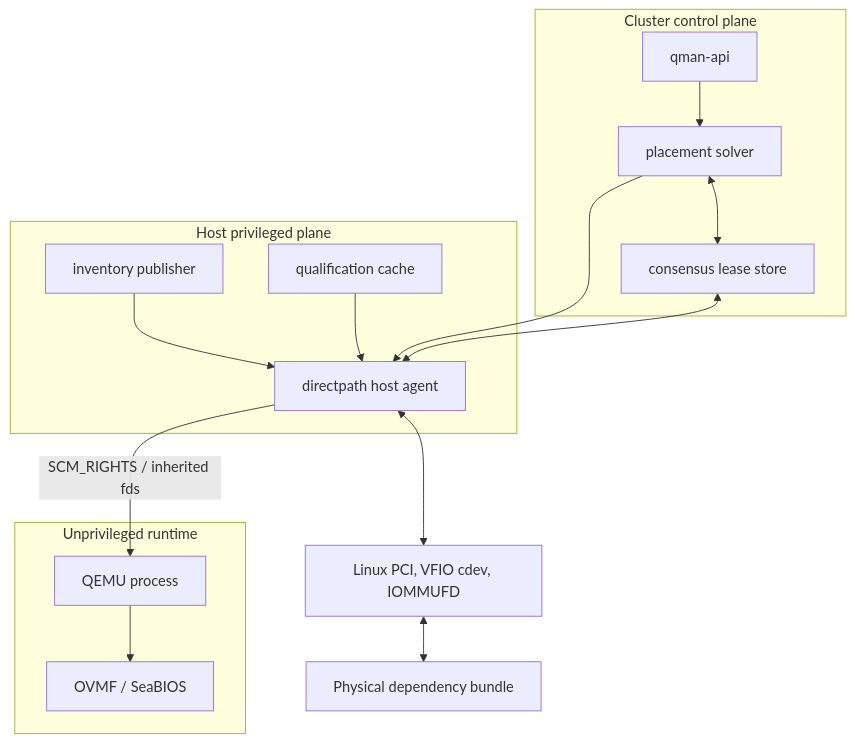
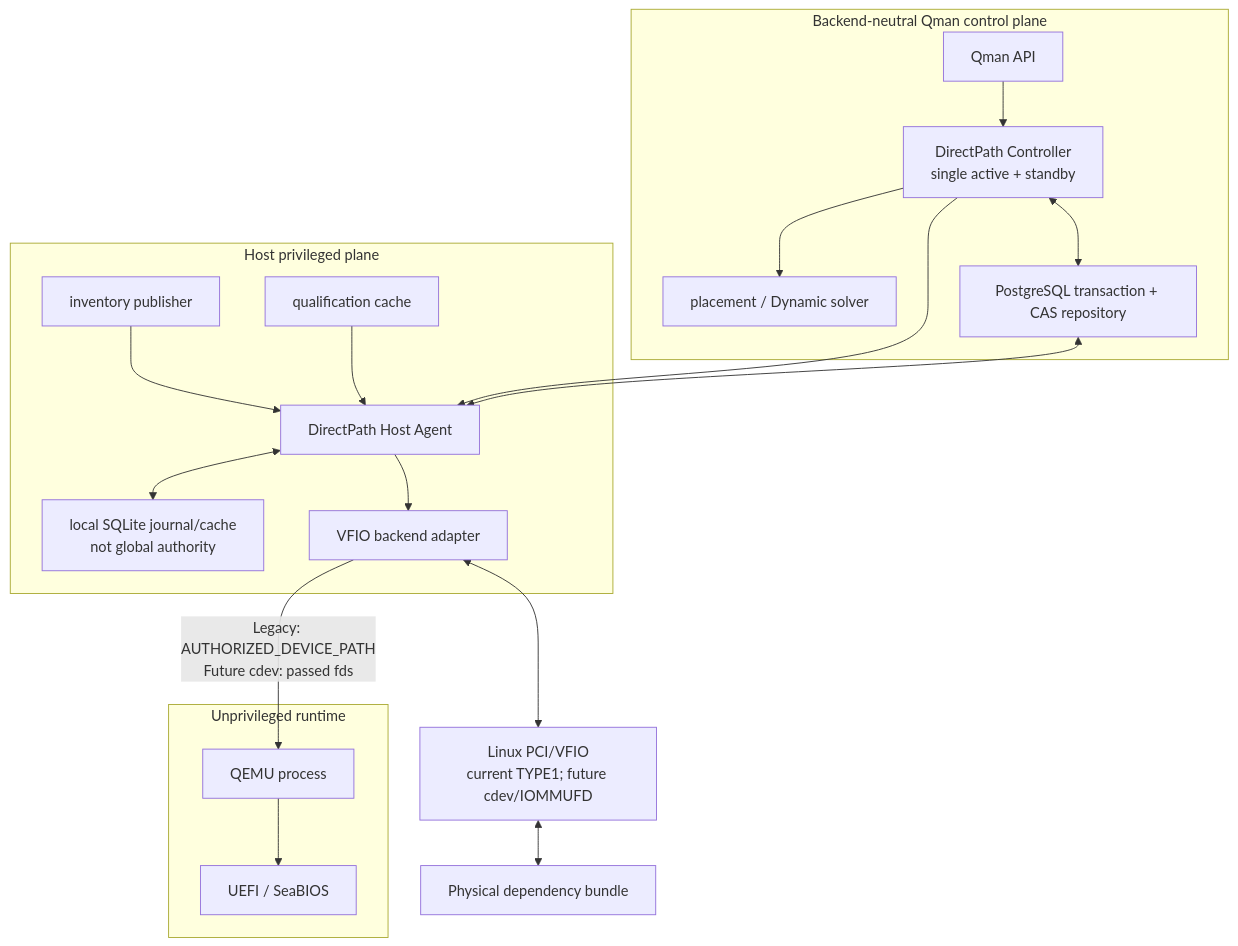
The third of 10 diagrams in qman-directpath-implementation-blueprint.md (JoJoJoinme/pci-mmio-notes), drawn with Mermaid before and after one commit. The commit also changed other lines of this file and 48 other files, not shown here.

Commit message:
Converge DirectPath V3 contracts and evidence

````diff
--- a/qman-directpath-implementation-blueprint.md
+++ b/qman-directpath-implementation-blueprint.md
@@ -232,33 +265,39 @@
 ```mermaid
 flowchart TB
-    subgraph CLUSTER["Cluster control plane"]
-        API["qman-api"]
-        SCHED["placement solver"]
-        STORE["consensus lease store"]
-        API --> SCHED
-        SCHED <--> STORE
+    subgraph CONTROL["Backend-neutral Qman control plane"]
+        API["Qman API"]
+        CTRL["DirectPath Controller<br/>single active + standby"]
+        SCHED["placement / Dynamic solver"]
+        STORE["PostgreSQL transaction + CAS repository"]
+        API --> CTRL
+        CTRL --> SCHED
+        CTRL <--> STORE
     end
 
     subgraph HOST["Host privileged plane"]
         INV["inventory publisher"]
-        AGENT["directpath host agent"]
+        AGENT["DirectPath Host Agent"]
         POLICY["qualification cache"]
+        JOURNAL["local SQLite journal/cache<br/>not global authority"]
+        ADAPTER["VFIO backend adapter"]
         INV --> AGENT
         POLICY --> AGENT
+        AGENT <--> JOURNAL
+        AGENT --> ADAPTER
     end
 
     subgraph RUNTIME["Unprivileged runtime"]
         QEMU["QEMU process"]
-        FW["OVMF / SeaBIOS"]
+        FW["UEFI / SeaBIOS"]
         QEMU --> FW
     end
 
-    KERNEL["Linux PCI, VFIO cdev, IOMMUFD"]
+    KERNEL["Linux PCI/VFIO<br/>current TYPE1; future cdev/IOMMUFD"]
     DEVICE["Physical dependency bundle"]
 
-    SCHED --> AGENT
+    CTRL --> AGENT
     STORE <--> AGENT
-    AGENT -->|"SCM_RIGHTS / inherited fds"| QEMU
-    AGENT <--> KERNEL
+    ADAPTER -->|"Legacy: AUTHORIZED_DEVICE_PATH<br/>Future cdev: passed fds"| QEMU
+    ADAPTER <--> KERNEL
     KERNEL <--> DEVICE
 ```
````
